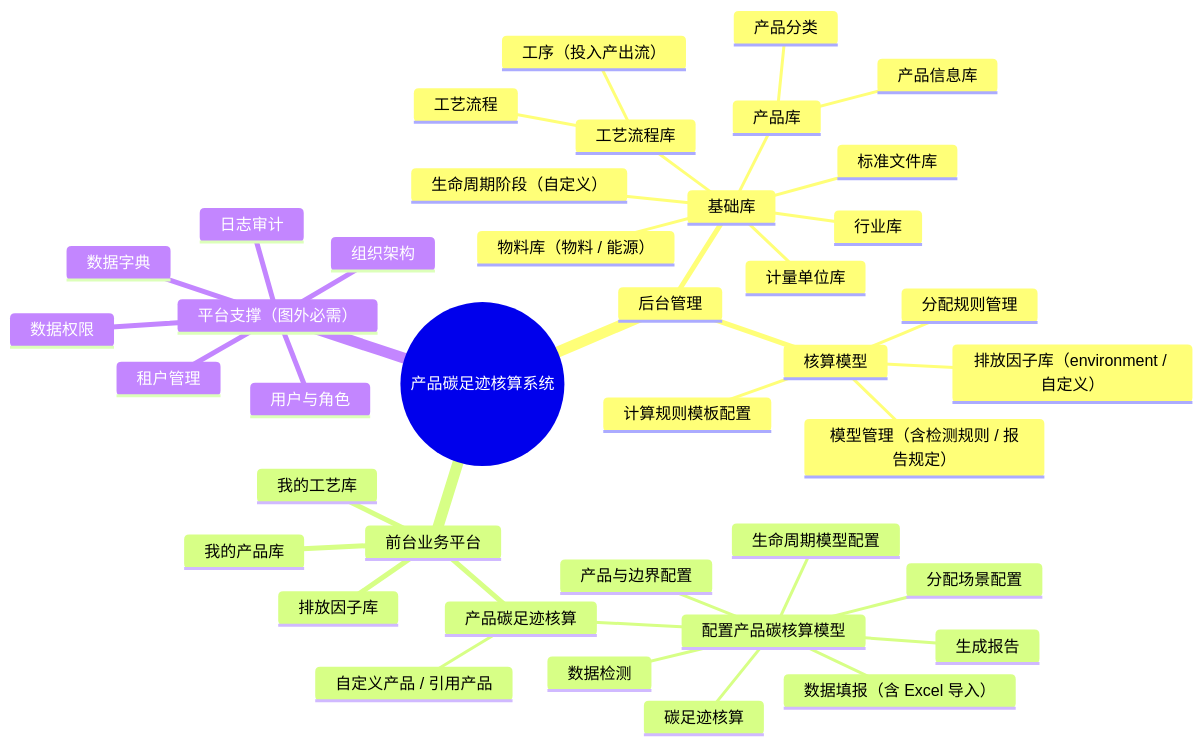
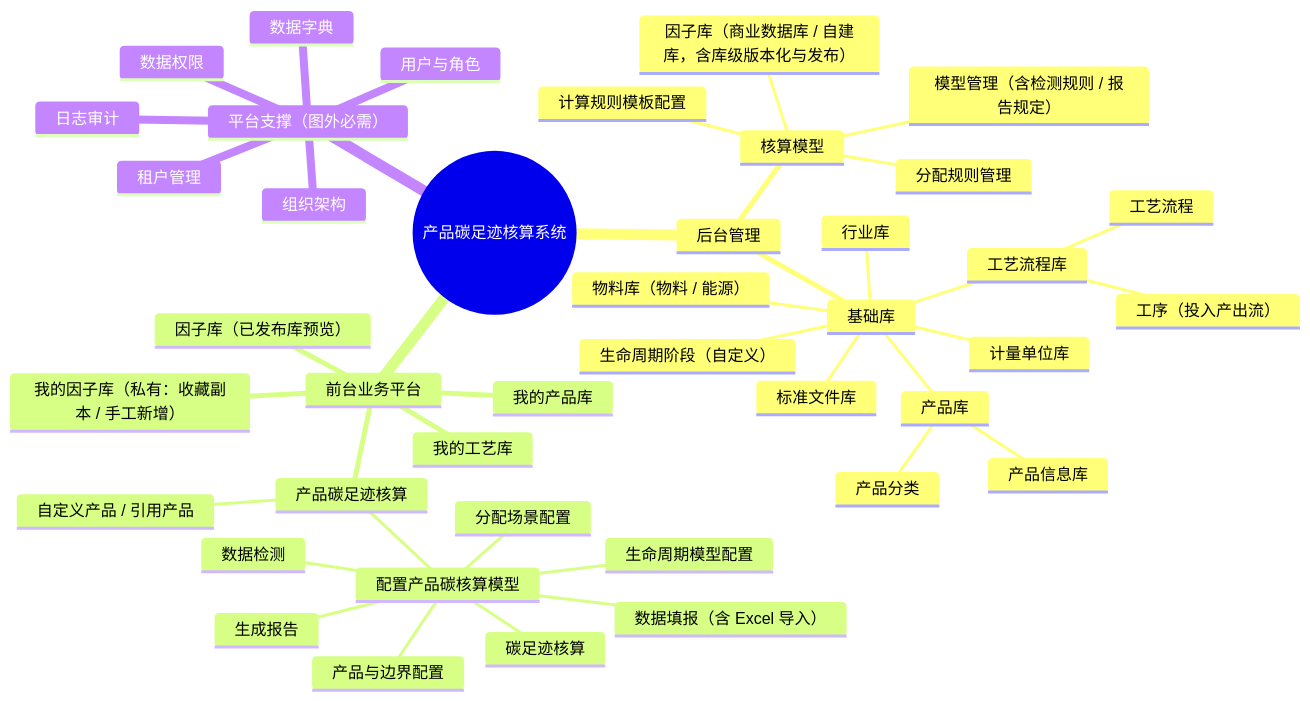
One commit to crystal6072/Carbon-accounting changed the second of 6 diagrams in 04产品设计管理/00业务设计/产品碳足迹核算系统_整体设计方案_v1.2.md. Above: the diagram before and after it, drawn with Mermaid. The commit also changed other lines of this file and 336 other files, not shown here.

````diff
--- a/04产品设计管理/00业务设计/产品碳足迹核算系统_整体设计方案_v1.2.md
+++ b/04产品设计管理/00业务设计/产品碳足迹核算系统_整体设计方案_v1.2.md
@@ -188,43 +212,44 @@
 ```mermaid
 mindmap
   root((产品碳足迹核算系统))
     后台管理
       基础库
         物料库（物料 / 能源）
         标准文件库
         行业库
         产品库
           产品信息库
           产品分类
         工艺流程库
           工艺流程
           工序（投入产出流）
         计量单位库
         生命周期阶段（自定义）
       核算模型
         计算规则模板配置
         模型管理（含检测规则 / 报告规定）
-        排放因子库（environment / 自定义）
+        因子库（商业数据库 / 自建库，含库级版本化与发布）
         分配规则管理
     前台业务平台
       产品碳足迹核算
         自定义产品 / 引用产品
         配置产品碳核算模型
           生命周期模型配置
           产品与边界配置
           分配场景配置
           数据填报（含 Excel 导入）
           数据检测
           碳足迹核算
           生成报告
       我的产品库
       我的工艺库
-      排放因子库
-    平台支撑（图外必需）
+      因子库（已发布库预览）
+      我的因子库（私有：收藏副本 / 手工新增）
+   平台支撑（图外必需）
       租户管理
       组织架构
       用户与角色
       数据权限
       数据字典
       日志审计
 ```
````
